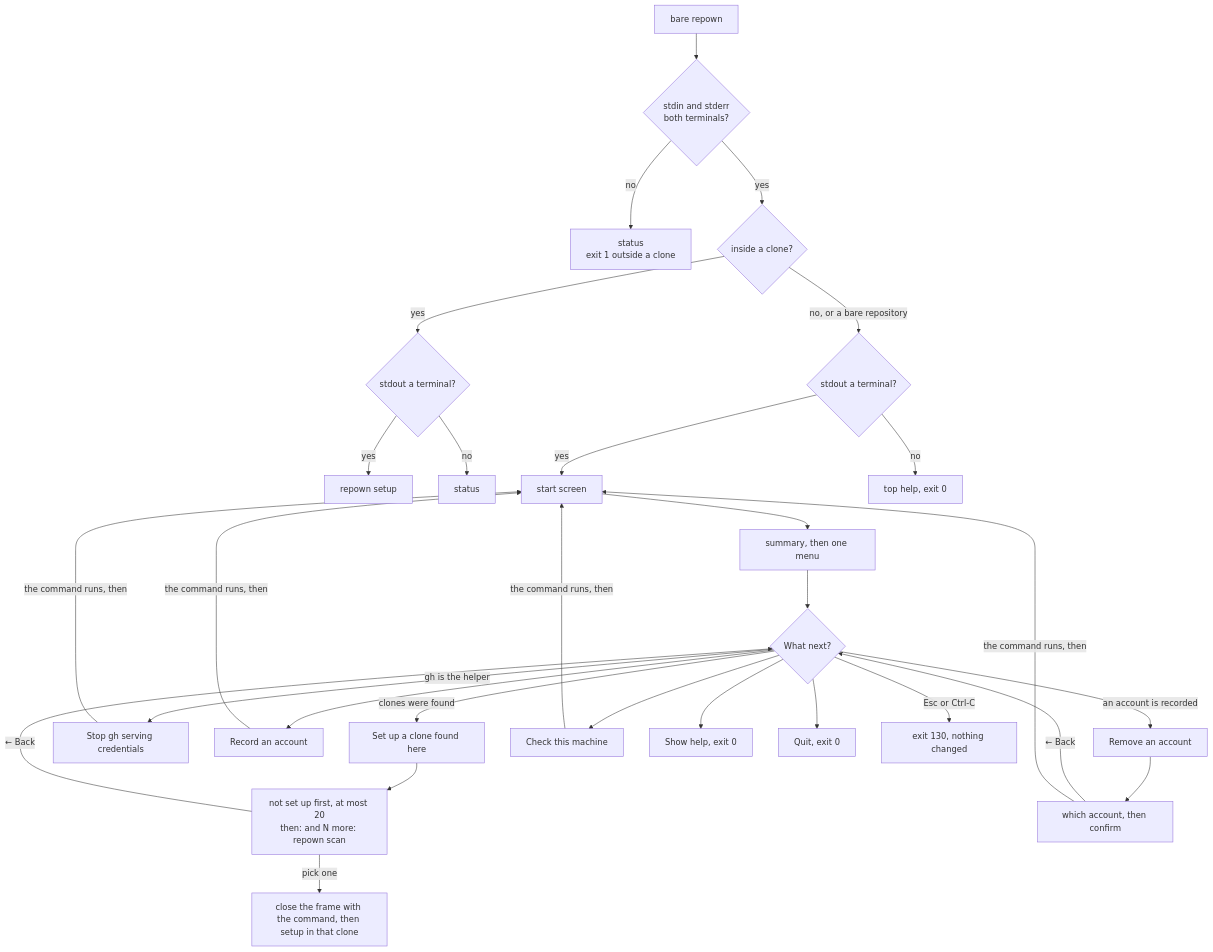
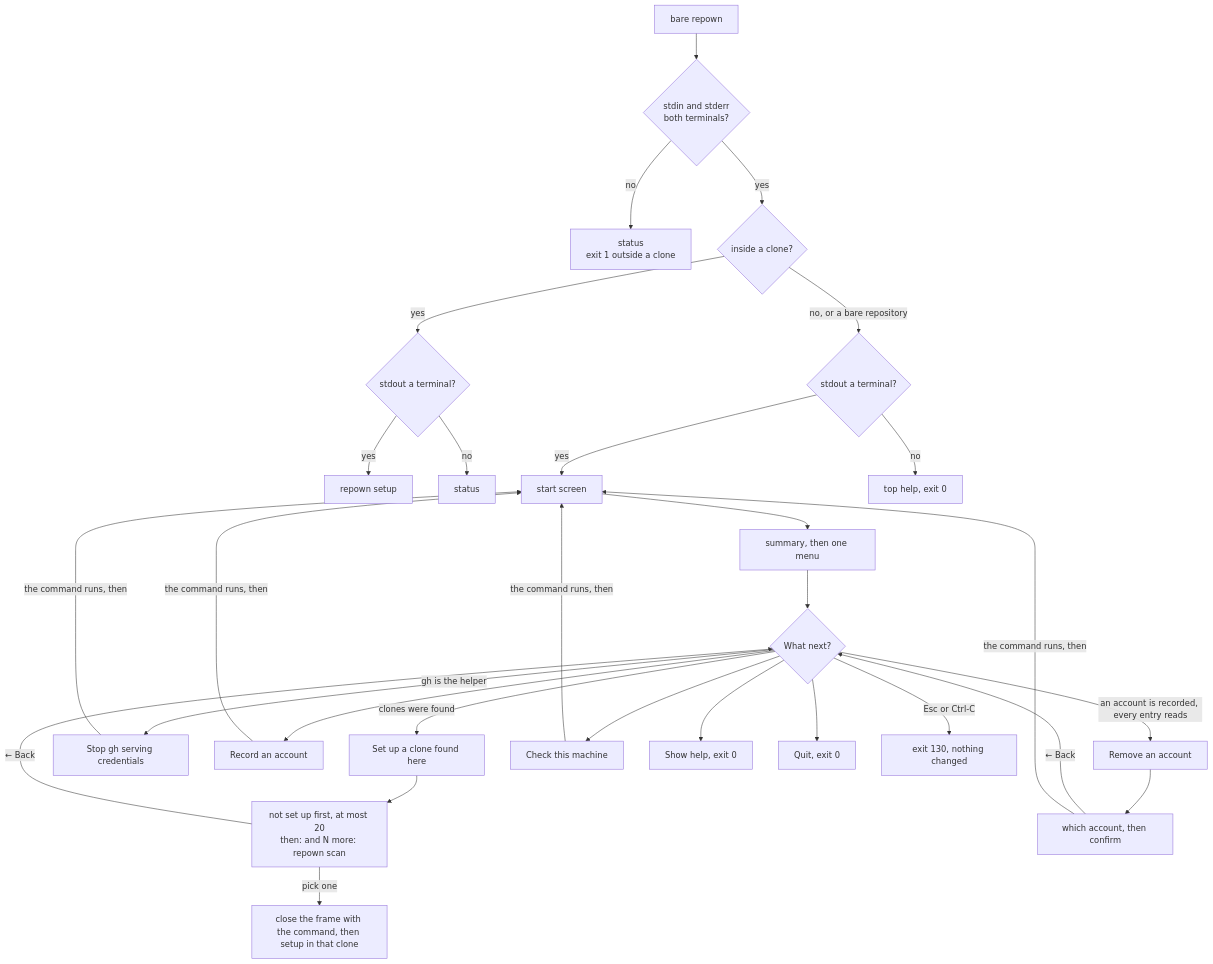
Before and after one commit to makubexD/repown: the tenth of 10 diagrams in docs/HOW-IT-WORKS.md, drawn with Mermaid. The commit also changed other lines of this file and 20 other files, not shown here.

````diff
--- a/docs/HOW-IT-WORKS.md
+++ b/docs/HOW-IT-WORKS.md
@@ -993,28 +993,28 @@
 ```mermaid
 flowchart TD
   B["bare repown"] --> I{"stdin and stderr<br/>both terminals?"}
   I -->|no| S["status<br/>exit 1 outside a clone"]
   I -->|yes| C{"inside a clone?"}
   C -->|yes| O1{"stdout a terminal?"}
   O1 -->|yes| SU["repown setup"]
   O1 -->|no| S2["status"]
   C -->|"no, or a bare repository"| O2{"stdout a terminal?"}
   O2 -->|yes| HOME["start screen"]
   O2 -->|no| HELP["top help, exit 0"]
   HOME --> SUM["summary, then one menu"]
   SUM --> MENU{"What next?"}
   MENU -->|clones were found| SET["Set up a clone found here"]
   SET --> LIST["not set up first, at most 20<br/>then: and N more: repown scan"]
   LIST -->|pick one| RUN["close the frame with the command, then setup in that clone"]
   LIST -->|"← Back"| MENU
   MENU -->|gh is the helper| FIX["Stop gh serving credentials"]
   MENU --> ADD["Record an account"]
-  MENU -->|an account is recorded| REM["Remove an account"]
+  MENU -->|"an account is recorded, every entry reads"| REM["Remove an account"]
   REM --> WHICH["which account, then confirm"]
   WHICH -->|"← Back"| MENU
   MENU --> DOC["Check this machine"]
   FIX & ADD & WHICH & DOC -->|"the command runs, then"| HOME
   MENU --> SH["Show help, exit 0"]
   MENU --> QUIT["Quit, exit 0"]
   MENU -->|Esc or Ctrl-C| ESC["exit 130, nothing changed"]
 ```
````
